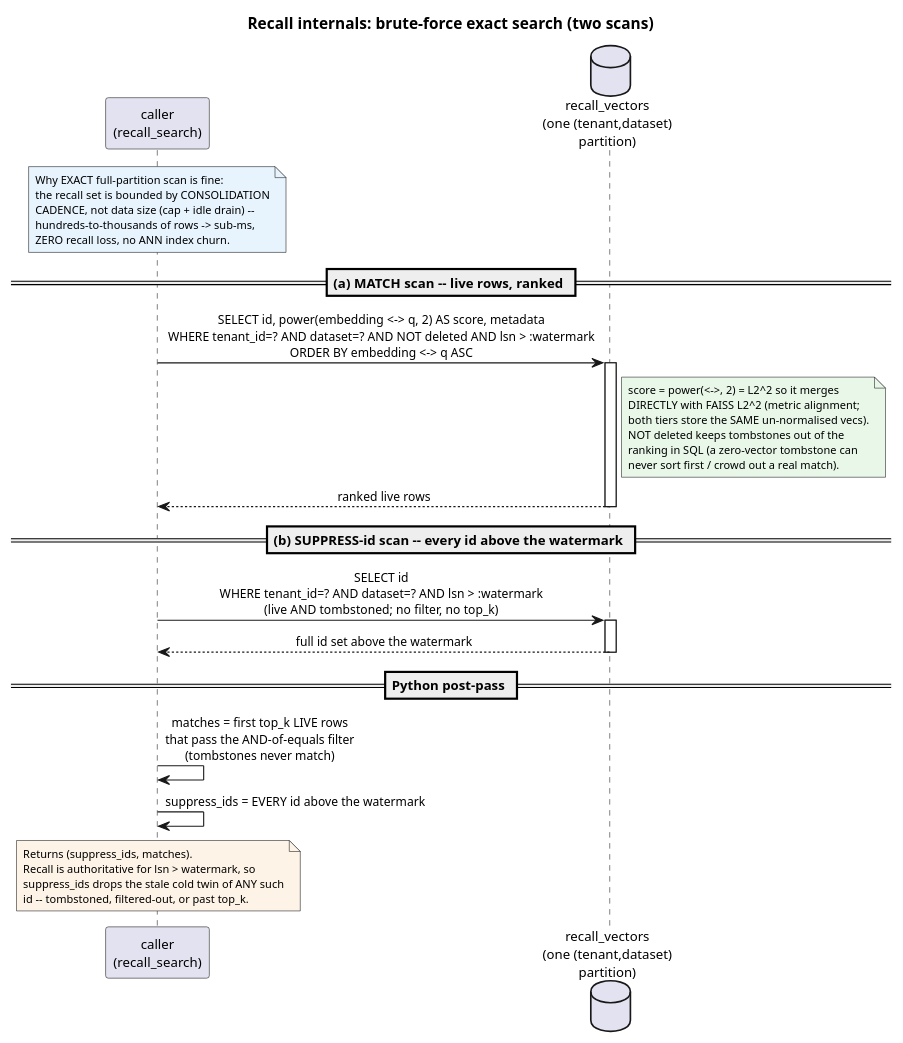
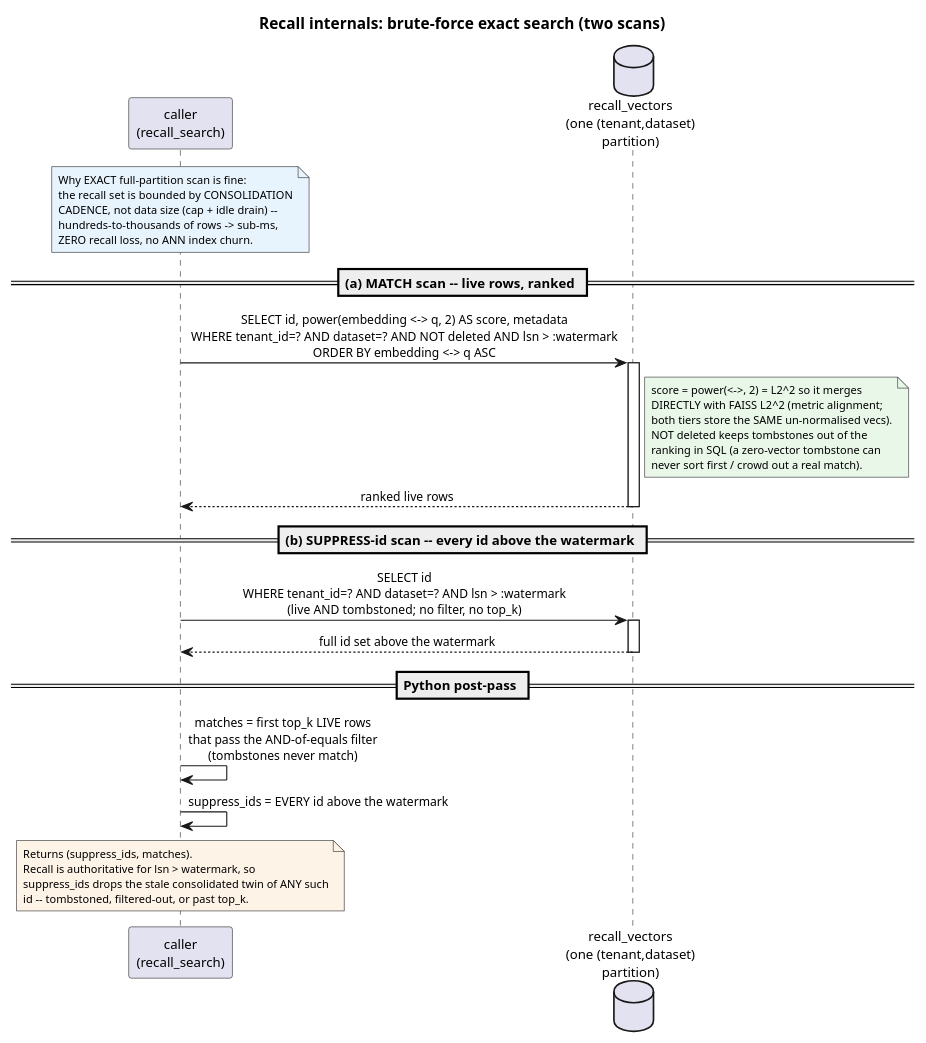
One commit to rosalinddb/rosalinddb changed the diagram in docs/architecture/diagrams/recall-internal-search.puml. Above: the diagram before and after it, drawn with PlantUML. The commit also changed 9 other files, not shown here.

Commit message:
refactor: rename consolidated-tier 'cold' → 'consolidated' to de-overload the cache-state 'cold' (#32)

```diff
--- a/docs/architecture/diagrams/recall-internal-search.puml
+++ b/docs/architecture/diagrams/recall-internal-search.puml
@@ -1,65 +1,65 @@
 @startuml recall-internal-search
 ' SEQUENCE: the Recall brute-force search INTERNALS in isolation
 ' (adapters.state.state.recall_search). TWO separate, load-bearing scans over
 ' the SAME (tenant, dataset) partition, both filtered lsn > :watermark:
 '   (a) MATCH scan   -- NOT deleted, ORDER BY embedding <-> q,
 '                       score = power(<->, 2) = L2^2 (FAISS-aligned)
 '   (b) SUPPRESS scan -- every id above the watermark (live AND tombstoned)
 ' Then a Python pass: take top_k live filter-passing rows as matches; the full
 ' id set is the suppress set. The cross-tier merge itself is NOT shown here
 ' (that is the tandem query-union diagram) -- this is Recall's own scan.
 
 title Recall internals: brute-force exact search (two scans)
 
 skinparam shadowing false
 skinparam defaultFontName Helvetica
 skinparam defaultFontSize 12
 skinparam ArrowFontSize 11
 skinparam NoteFontSize 10
 skinparam sequenceMessageAlign center
 
 participant "caller\n(recall_search)" as rs
 database "recall_vectors\n(one (tenant,dataset)\npartition)" as rv
 
 note over rs #E7F3FD
   Why EXACT full-partition scan is fine:
   the recall set is bounded by CONSOLIDATION
   CADENCE, not data size (cap + idle drain) --
   hundreds-to-thousands of rows -> sub-ms,
   ZERO recall loss, no ANN index churn.
 end note
 
 == (a) MATCH scan -- live rows, ranked ==
 
 rs -> rv : SELECT id, power(embedding <-> q, 2) AS score, metadata\nWHERE tenant_id=? AND dataset=? AND NOT deleted AND lsn > :watermark\nORDER BY embedding <-> q ASC
 activate rv
 note right of rv #E9F7E9
   score = power(<->, 2) = L2^2 so it merges
   DIRECTLY with FAISS L2^2 (metric alignment;
   both tiers store the SAME un-normalised vecs).
   NOT deleted keeps tombstones out of the
   ranking in SQL (a zero-vector tombstone can
   never sort first / crowd out a real match).
 end note
 rv --> rs : ranked live rows
 deactivate rv
 
 == (b) SUPPRESS-id scan -- every id above the watermark ==
 
 rs -> rv : SELECT id\nWHERE tenant_id=? AND dataset=? AND lsn > :watermark\n(live AND tombstoned; no filter, no top_k)
 activate rv
 rv --> rs : full id set above the watermark
 deactivate rv
 
 == Python post-pass ==
 
 rs -> rs : matches = first top_k LIVE rows\nthat pass the AND-of-equals filter\n(tombstones never match)
 rs -> rs : suppress_ids = EVERY id above the watermark
 note over rs #FDF3E7
   Returns (suppress_ids, matches).
   Recall is authoritative for lsn > watermark, so
-  suppress_ids drops the stale cold twin of ANY such
+  suppress_ids drops the stale consolidated twin of ANY such
   id -- tombstoned, filtered-out, or past top_k.
 end note
 
 @enduml
```
